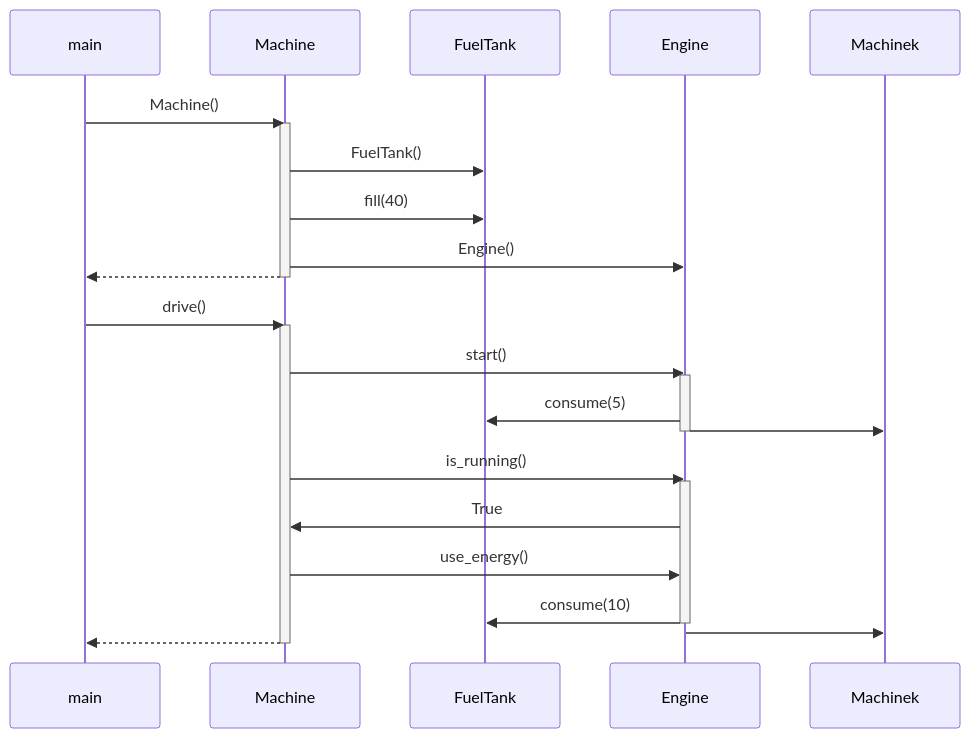
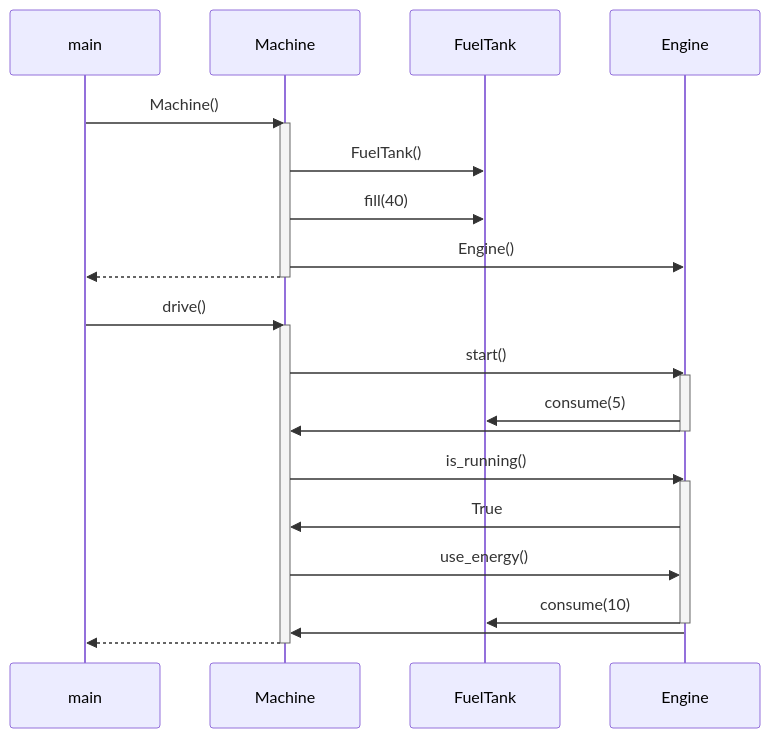
One commit to brotholi/ot-harjoitustyo changed the diagram in laskarit/viikko3/sekvenssikaavio_moottori.md. Above: the diagram before and after it, drawn with Mermaid.

````diff
--- a/laskarit/viikko3/sekvenssikaavio_moottori.md
+++ b/laskarit/viikko3/sekvenssikaavio_moottori.md
@@ -3,38 +3,38 @@
 ```mermaid
 sequenceDiagram
   participant main
   participant Machine
   participant FuelTank
   participant Engine
   
   main->>Machine: Machine() 
   activate Machine
   Machine->>FuelTank: FuelTank()
   Machine->>FuelTank: fill(40)
   Machine->>Engine: Engine()
   Machine-->>main:   
   deactivate Machine
   
   main->>Machine: drive()
   activate Machine
   Machine->>Engine: start()
   activate Engine
   Engine->>FuelTank: consume(5)
-  Engine->>Machinek:    
+  Engine->>Machine:    
   deactivate Engine
   Machine->>Engine: is_running()
   activate Engine
   Engine->>Machine: True
   Machine->>Engine: use_energy()
  
   Engine->>FuelTank: consume(10)
  
   deactivate Engine
-  Engine->>Machinek:      
+  Engine->>Machine:      
   Machine-->>main:   
   deactivate Machine
 
   
   
   
 ```
````
